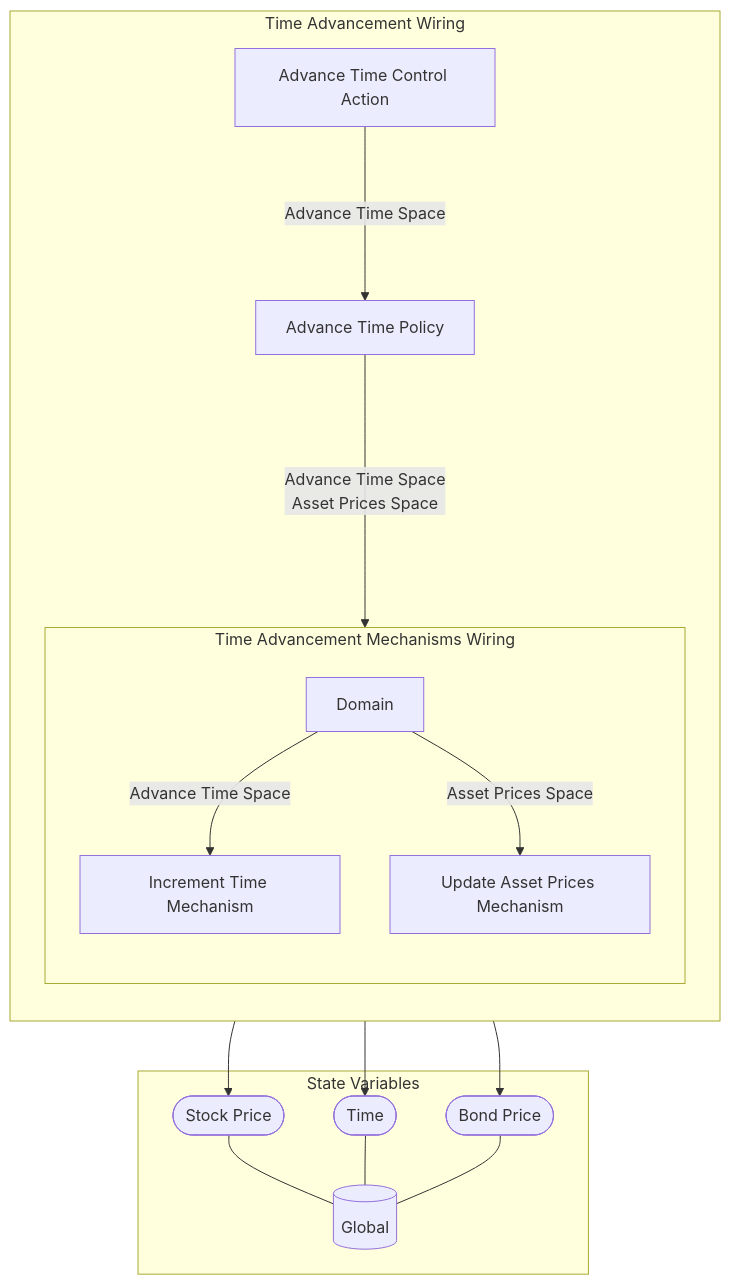
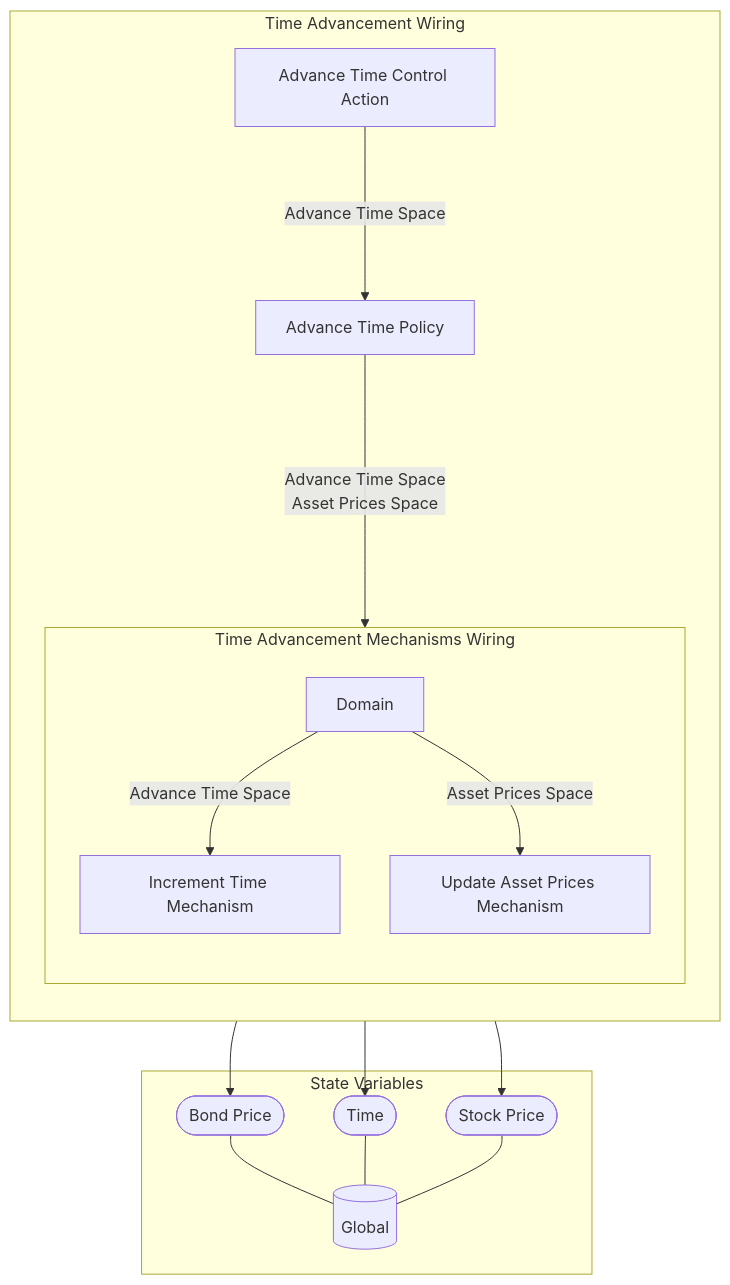
One commit to BlockScience/MSML changed the diagram in examples/RetirementPlanning/reports/Markdown/Wiring/Time Advancement Wiring.md. Above: the diagram before and after it, drawn with Mermaid. The commit also changed other lines of this file and 13 other files, not shown here.

````diff
--- a/examples/RetirementPlanning/reports/Markdown/Wiring/Time Advancement Wiring.md
+++ b/examples/RetirementPlanning/reports/Markdown/Wiring/Time Advancement Wiring.md
@@ -3,36 +3,36 @@
 ```mermaid
 graph TB
 
 subgraph SVS["State Variables"]
 EE0[("Global")]
-EES0(["Stock Price"])
+EES0(["Bond Price"])
 EES0 --- EE0
 EES1(["Time"])
 EES1 --- EE0
-EES2(["Bond Price"])
+EES2(["Stock Price"])
 EES2 --- EE0
 end
 
 subgraph X8["Time Advancement Wiring"]
 direction TB
 X1["Advance Time Control Action"]
 X2["Advance Time Policy"]
 subgraph X7["Time Advancement Mechanisms Wiring"]
 direction TB
 X3["Increment Time Mechanism"]
 X3 --> EES1
 X4["Update Asset Prices Mechanism"]
+X4 --> EES2
 X4 --> EES0
-X4 --> EES2
 X5[Domain]
 
 direction LR
 direction TB
 X5 --"Advance Time Space"--> X3
 X5 --"Asset Prices Space"--> X4
 end
 X1--"Advance Time Space"--->X2
 X2--"Advance Time Space
 Asset Prices Space"---->X7
 end
 ```
````
